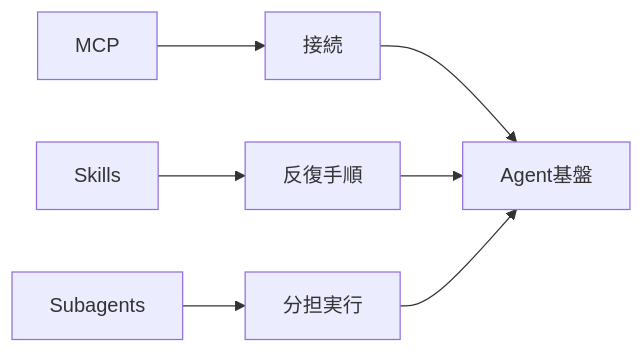
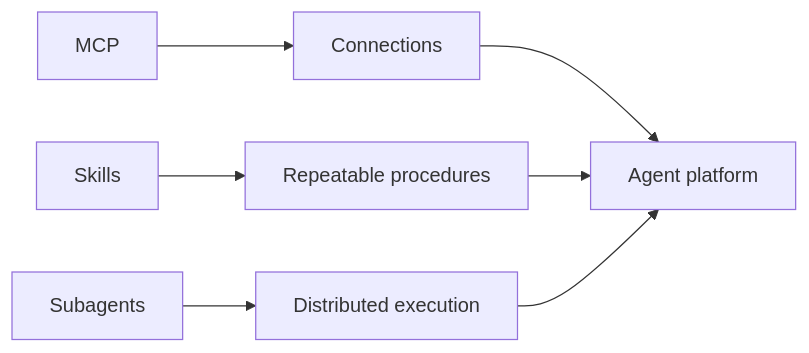
Diagram 11 of 13 in content/blog/en/ai-llm-ontology-memory.mdx (daylight55/research), drawn with Mermaid before and after one commit. The commit also changed other lines of this file and 26 other files, not shown here.

Commit message:
Translate English Mermaid labels

````diff
--- a/content/blog/en/ai-llm-ontology-memory.mdx
+++ b/content/blog/en/ai-llm-ontology-memory.mdx
@@ -329,9 +329,9 @@
 ```mermaid
 flowchart LR
-  MCP["MCP"] --> Conn["接続"]
-  Skills["Skills"] --> Work["反復手順"]
-  Sub["Subagents"] --> Team["分担実行"]
-  Conn --> Platform["Agent基盤"]
+  MCP["MCP"] --> Conn["Connections"]
+  Skills["Skills"] --> Work["Repeatable procedures"]
+  Sub["Subagents"] --> Team["Distributed execution"]
+  Conn --> Platform["Agent platform"]
   Work --> Platform
   Team --> Platform
 ```
````
